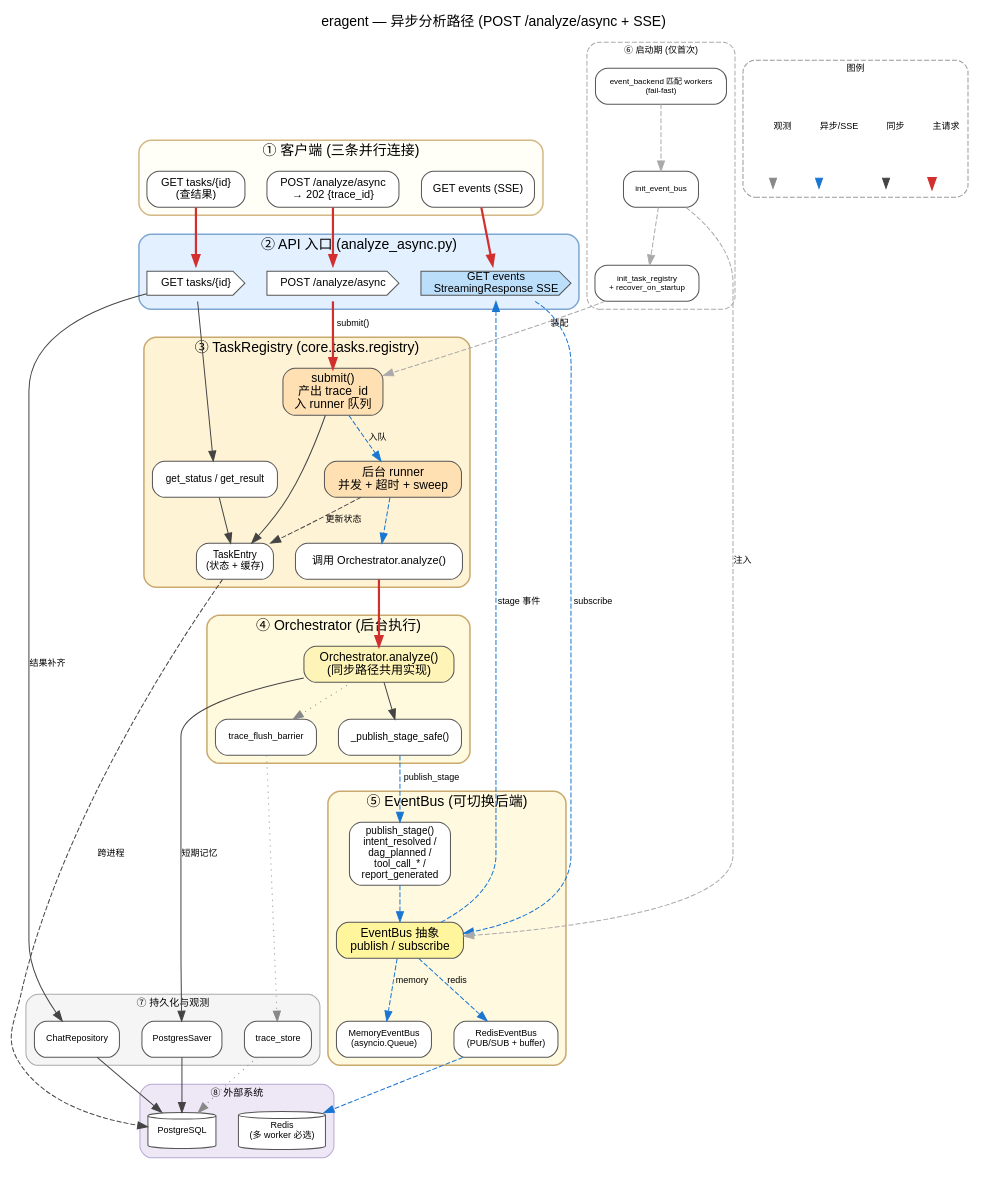
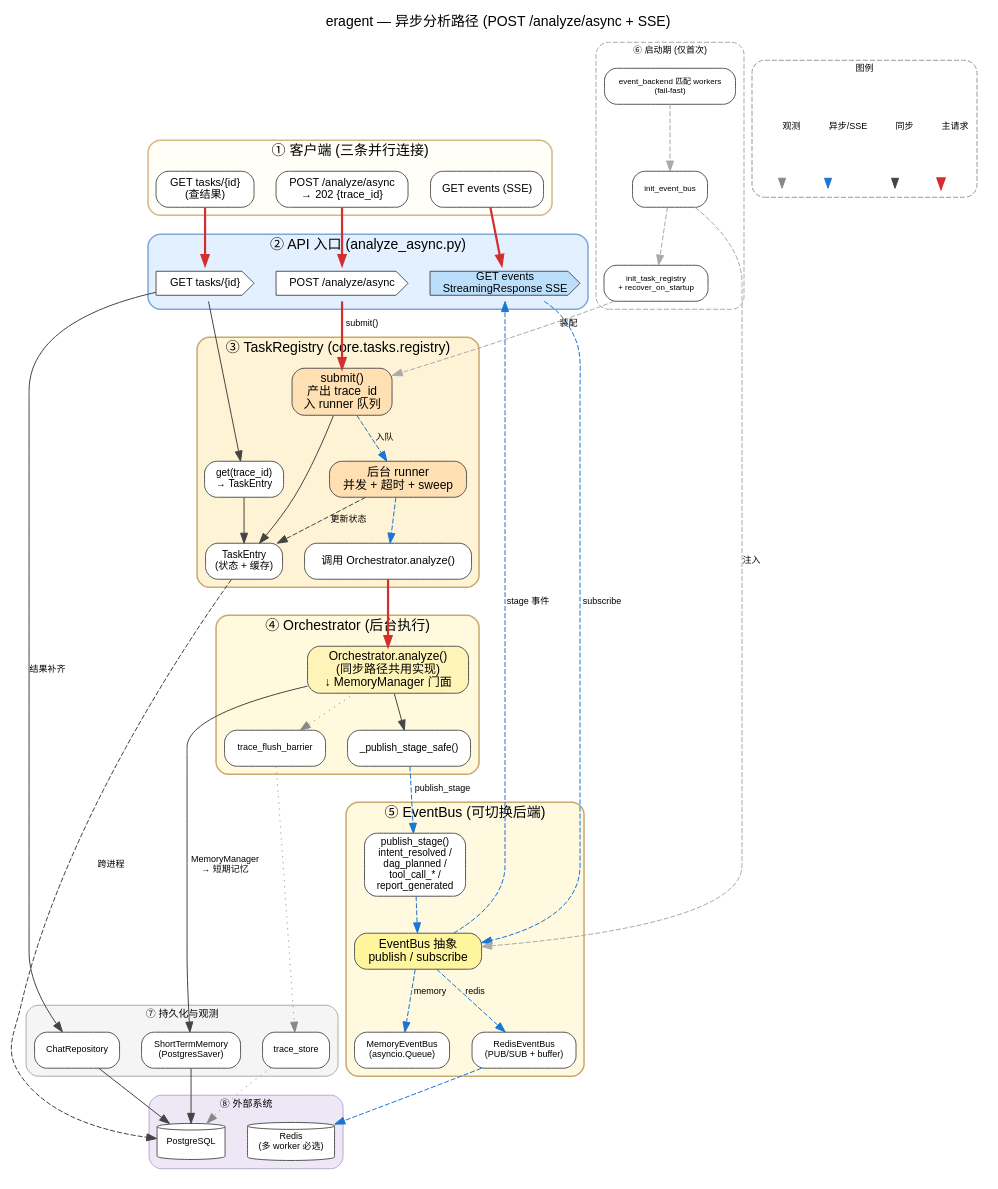
Before and after one commit to pan817/eragent: the diagram in docs/architecture/arch_async.dot, drawn with Graphviz. The commit also changed 24 other files, not shown here.

```diff
--- a/docs/architecture/arch_async.dot
+++ b/docs/architecture/arch_async.dot
@@ -1,164 +1,164 @@
 // ERP Agent - Asynchronous Analyze Path (clean TB layout)
 // 布局策略：所有 constraint=true,由 dot 自然推导层级。
 // 核心链 Client→API→TaskRegistry→Orchestrator→EventBus→(回 API SSE)→外部 从上到下。
 // 生命周期(虚线淡化)作为次要分支,右侧。
 // Render: dot -Tpng -Gdpi=150 arch_async.dot -o arch_async.png
 digraph eragent_async {
     rankdir=TB;
     nodesep=0.3;
     ranksep=0.5;
     graph [fontname="Helvetica", fontsize=14, labelloc="t",
            label="eragent — 异步分析路径 (POST /analyze/async + SSE)"];
     node  [fontname="Helvetica", fontsize=10, style="rounded,filled",
            fillcolor="white", color="#555555"];
     edge  [fontname="Helvetica", fontsize=9, color="#444444"];
 
     // ── ① 客户端 ────────────────────────────────────────────────
     subgraph cluster_client {
         label="① 客户端 (三条并行连接)"; penwidth=1.5;
         style="rounded,filled"; fillcolor="#FFFEF7"; color="#D4B886";
         c_submit [label="POST /analyze/async\n→ 202 {trace_id}", shape=box, fontsize=11];
         c_stream [label="GET events (SSE)", shape=box, fontsize=11];
         c_poll   [label="GET tasks/{id}\n(查结果)", shape=box, fontsize=11];
     }
 
     // ── ② API ──────────────────────────────────────────────────
     subgraph cluster_api {
         label="② API 入口 (analyze_async.py)"; penwidth=1.5;
         style="rounded,filled"; fillcolor="#E3F0FF"; color="#7FA7D4";
         a_submit [label="POST /analyze/async", shape=cds, fontsize=11];
         a_sse    [label="GET events\nStreamingResponse SSE",
                   shape=cds, fontsize=11, fillcolor="#BBDEFB"];
         a_status [label="GET tasks/{id}", shape=cds, fontsize=11];
     }
 
     // ── ③ TaskRegistry ─────────────────────────────────────────
     subgraph cluster_registry {
         label="③ TaskRegistry (core.tasks.registry)"; penwidth=1.5;
         style="rounded,filled"; fillcolor="#FFF3D6"; color="#C9A96E";
         t_submit  [label="submit()\n产出 trace_id\n入 runner 队列",
                    shape=box, fontsize=12, fillcolor="#FFE0B2"];
         t_entry   [label="TaskEntry\n(状态 + 缓存)", shape=box];
         t_runner  [label="后台 runner\n并发 + 超时 + sweep",
                    shape=box, fontsize=12, fillcolor="#FFE0B2"];
         t_analyze [label="调用 Orchestrator.analyze()", shape=box, fontsize=11];
-        t_status  [label="get_status / get_result", shape=box];
+        t_status  [label="get(trace_id)\n→ TaskEntry", shape=box];
     }
 
     // ── ④ Orchestrator ────────────────────────────────────────
     subgraph cluster_orch {
         label="④ Orchestrator (后台执行)"; penwidth=1.5;
         style="rounded,filled"; fillcolor="#FFFADD"; color="#C9A96E";
-        o_run   [label="Orchestrator.analyze()\n(同步路径共用实现)",
+        o_run   [label="Orchestrator.analyze()\n(同步路径共用实现)\n↓ MemoryManager 门面",
                  shape=box, fontsize=12, fillcolor="#FFF4B8"];
         o_stage [label="_publish_stage_safe()", shape=box];
         o_flush [label="trace_flush_barrier", shape=box, fontsize=9];
     }
 
     // ── ⑤ EventBus ────────────────────────────────────────────
     subgraph cluster_bus {
         label="⑤ EventBus (可切换后端)"; penwidth=1.5;
         style="rounded,filled"; fillcolor="#FFF9E0"; color="#C9A96E";
         b_publish [label="publish_stage()\nintent_resolved /\ndag_planned /\ntool_call_* /\nreport_generated",
                    shape=box, fontsize=10];
         b_iface   [label="EventBus 抽象\npublish / subscribe",
                    shape=box, fontsize=12, fillcolor="#FFF59D"];
         b_mem     [label="MemoryEventBus\n(asyncio.Queue)", shape=box, fontsize=9];
         b_redis   [label="RedisEventBus\n(PUB/SUB + buffer)", shape=box, fontsize=9];
     }
 
     // ── ⑥ 生命周期 (虚线次要) ─────────────────────────────
     subgraph cluster_lifecycle {
         label="⑥ 启动期 (仅首次)"; fontsize=9;
         style="rounded,dashed"; color="#AAAAAA"; fillcolor="#FAFAFA";
         l_check    [label="event_backend 匹配 workers\n(fail-fast)", shape=box, fontsize=8];
         l_bus_init [label="init_event_bus", shape=box, fontsize=8];
         l_reg_init [label="init_task_registry\n+ recover_on_startup", shape=box, fontsize=8];
     }
 
     // ── ⑦ 持久化与观测 ─────────────────────────────────────
     subgraph cluster_obs {
         label="⑦ 持久化与观测"; fontsize=10;
         style="rounded,filled"; fillcolor="#F5F5F5"; color="#AAAAAA";
         p_chat  [label="ChatRepository", shape=box, fontsize=9];
         p_trace [label="trace_store", shape=box, fontsize=9];
-        p_chkpt [label="PostgresSaver", shape=box, fontsize=9];
+        p_chkpt [label="ShortTermMemory\n(PostgresSaver)", shape=box, fontsize=9];
     }
 
     // ── ⑧ 外部 ─────────────────────────────────────────────────
     subgraph cluster_ext {
         label="⑧ 外部系统"; fontsize=10;
         style="rounded,filled"; fillcolor="#EDE7F6"; color="#B8A9D1";
         e_redis [label="Redis\n(多 worker 必选)", shape=cylinder, fontsize=9];
         e_pg    [label="PostgreSQL", shape=cylinder, fontsize=9];
     }
 
     // ── 图例 ────────────────────────────────────────────────────
     subgraph cluster_legend {
         label="图例"; fontsize=9;
         style="rounded,dashed"; color="#999999";
         lg_a [label="", shape=plain]; lg_b [label="", shape=plain];
         lg_c [label="", shape=plain]; lg_d [label="", shape=plain];
         lg_e [label="", shape=plain]; lg_f [label="", shape=plain];
         lg_g [label="", shape=plain]; lg_h [label="", shape=plain];
         lg_a -> lg_b [label="主请求", color="#D32F2F", penwidth=2.2];
         lg_c -> lg_d [label="同步", color="#444444"];
         lg_e -> lg_f [label="异步/SSE", color="#1976D2", style="dashed"];
         lg_g -> lg_h [label="观测", color="#888888", style="dotted"];
     }
 
     // ─────────────────────────────────────────────────────────────
     //                       边 (constraint=true 默认)
     // ─────────────────────────────────────────────────────────────
 
     // 1) 提交任务 (红粗线,主干)
     c_submit -> a_submit [color="#D32F2F", penwidth=2.2, weight=10];
     a_submit -> t_submit [color="#D32F2F", penwidth=2.2, weight=10, label="submit()"];
     t_submit -> t_entry  [color="#444444", weight=5];
 
     // 2) 后台 runner 异步执行
     t_submit  -> t_runner  [color="#1976D2", style="dashed", label="入队", weight=5];
     t_runner  -> t_analyze [color="#1976D2", style="dashed", weight=5];
     t_analyze -> o_run     [color="#D32F2F", penwidth=2.2, weight=10];
     t_runner  -> t_entry   [color="#444444", style="dashed", label="更新状态"];
 
     // 3) Orchestrator 发布阶段事件 → EventBus
     o_run     -> o_stage   [color="#444444", weight=5];
     o_stage   -> b_publish [color="#1976D2", style="dashed", label="publish_stage", weight=5];
     b_publish -> b_iface   [color="#1976D2", style="dashed", weight=5];
     b_iface   -> b_mem     [color="#1976D2", style="dashed", label="memory"];
     b_iface   -> b_redis   [color="#1976D2", style="dashed", label="redis"];
 
     // 4) SSE 路径
     c_stream -> a_sse     [color="#D32F2F", penwidth=2.2, weight=5];
     a_sse    -> b_iface   [color="#1976D2", style="dashed", label="subscribe"];
     b_iface  -> a_sse     [color="#1976D2", style="dashed", label="stage 事件"];
 
     // 5) 轮询最终结果
     c_poll   -> a_status [color="#D32F2F", penwidth=2.2, weight=5];
     a_status -> t_status [color="#444444"];
     t_status -> t_entry  [color="#444444"];
     a_status -> p_chat   [color="#444444", label="结果补齐"];
 
     // 6) 启动期 (淡灰虚线)
     l_check    -> l_bus_init [color="#AAAAAA", style="dashed"];
     l_bus_init -> l_reg_init [color="#AAAAAA", style="dashed"];
     l_bus_init -> b_iface    [color="#AAAAAA", style="dashed", label="注入"];
     l_reg_init -> t_submit   [color="#AAAAAA", style="dashed", label="装配"];
 
     // 7) trace flush + 观测写入
     o_run   -> o_flush [color="#888888", style="dotted"];
     o_flush -> p_trace [color="#888888", style="dotted"];
     p_trace -> e_pg    [color="#888888", style="dotted"];
 
     // 8) 短期记忆 + chat 持久化
-    o_run   -> p_chkpt [color="#444444", label="短期记忆"];
+    o_run   -> p_chkpt [color="#444444", label="MemoryManager\n→ 短期记忆"];
     p_chkpt -> e_pg    [color="#444444"];
     p_chat  -> e_pg    [color="#444444"];
 
     // 9) TaskRegistry 状态持久化
     t_entry -> e_pg [color="#444444", style="dashed", label="跨进程"];
 
     // 10) RedisEventBus → Redis
     b_redis -> e_redis [color="#1976D2", style="dashed"];
 }
```
